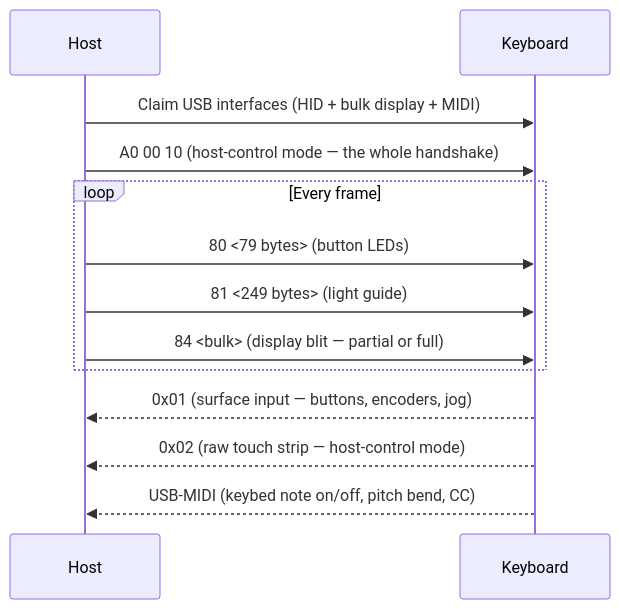
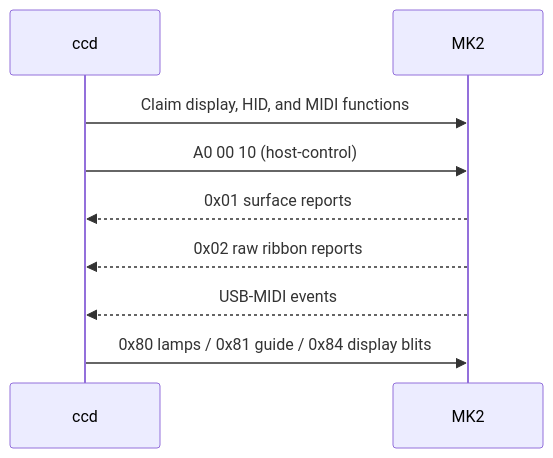
Before and after one commit to mickeyl/CompleteControl: the first of 2 diagrams in Docs/Komplete-Kontrol-Protocol-Guide.md, drawn with Mermaid. The commit also changed other lines of this file and 11 other files, not shown here.

````diff
--- a/Docs/Komplete-Kontrol-Protocol-Guide.md
+++ b/Docs/Komplete-Kontrol-Protocol-Guide.md
@@ -459,18 +181,11 @@
 ```mermaid
 sequenceDiagram
-    participant Host
-    participant Keyboard
-
-    Host->>Keyboard: Claim USB interfaces (HID + bulk display + MIDI)
-    Host->>Keyboard: A0 00 10 (host-control mode — the whole handshake)
-
-    loop Every frame
-        Host->>Keyboard: 80 <79 bytes> (button LEDs)
-        Host->>Keyboard: 81 <249 bytes> (light guide)
-        Host->>Keyboard: 84 <bulk> (display blit — partial or full)
-    end
-
-    Keyboard-->>Host: 0x01 (surface input — buttons, encoders, jog)
-    Keyboard-->>Host: 0x02 (raw touch strip — host-control mode)
-    Keyboard-->>Host: USB-MIDI (keybed note on/off, pitch bend, CC)
+    participant Daemon as ccd
+    participant MK2
+    Daemon->>MK2: Claim display, HID, and MIDI functions
+    Daemon->>MK2: A0 00 10 (host-control)
+    MK2-->>Daemon: 0x01 surface reports
+    MK2-->>Daemon: 0x02 raw ribbon reports
+    MK2-->>Daemon: USB-MIDI events
+    Daemon->>MK2: 0x80 lamps / 0x81 guide / 0x84 display blits
 ```
````
